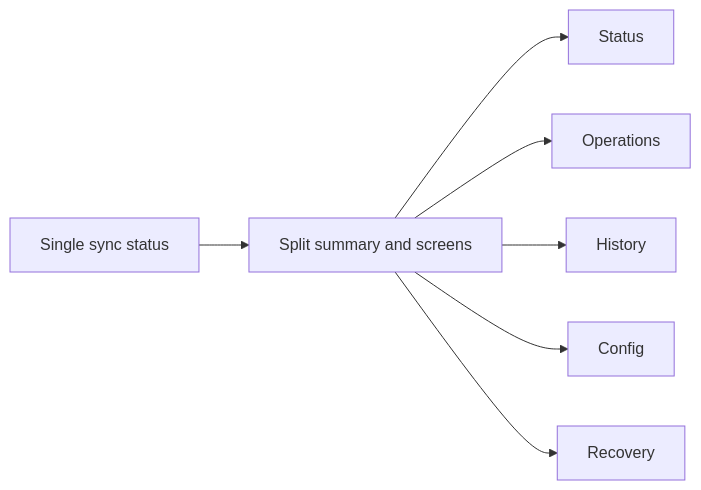
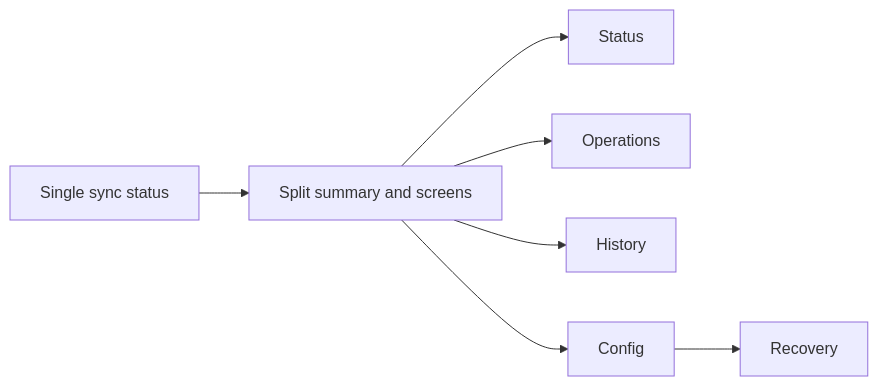
The diagram in logics/architecture/adr_024_split_sync_status_into_dedicated_operations_screens.md (AlexAgo83/deepvault), drawn with Mermaid before and after one commit. The commit also changed other lines of this file and 10 other files, not shown here.

````diff
--- a/logics/architecture/adr_024_split_sync_status_into_dedicated_operations_screens.md
+++ b/logics/architecture/adr_024_split_sync_status_into_dedicated_operations_screens.md
@@ -16,9 +16,9 @@
 ```mermaid
 flowchart LR
     Current[Single sync status] --> Decision[Split summary and screens]
     Decision --> Status[Status]
     Decision --> Ops[Operations]
     Decision --> History[History]
     Decision --> Config[Config]
-    Decision --> Recovery[Recovery]
+    Config --> Recovery[Recovery]
 ```
````
